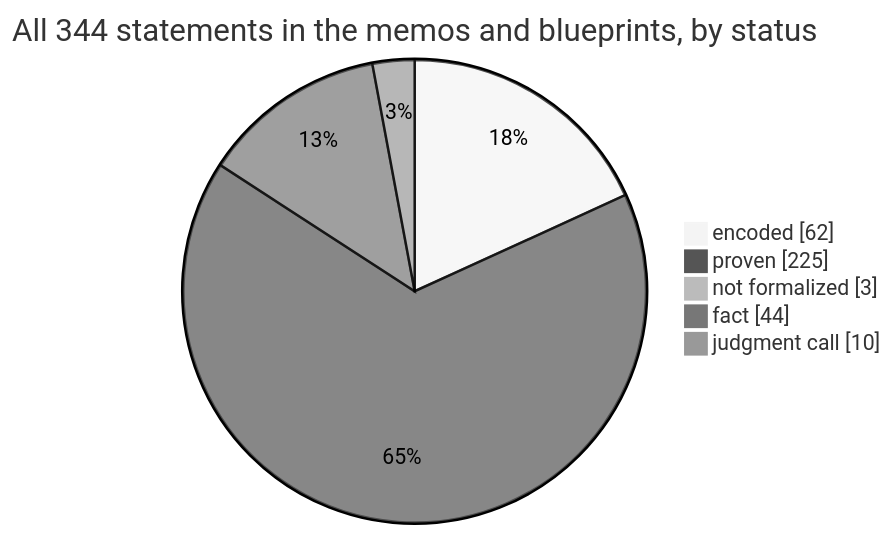
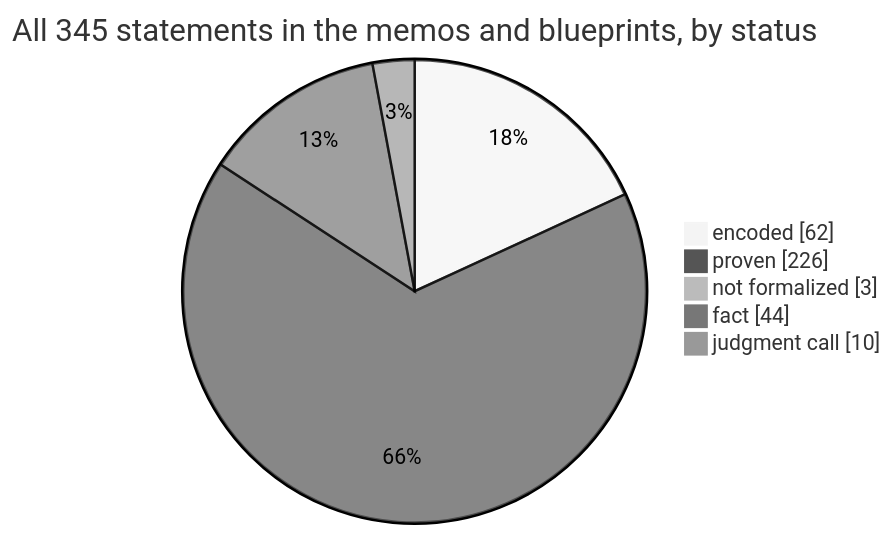
Before and after one commit to SeanWMurray/Canteen: the first of 4 diagrams in docs/graphs/dashboard.md, drawn with Mermaid (neutral theme). The commit also changed other lines of this file and 27 other files, not shown here.

````diff
--- a/docs/graphs/dashboard.md
+++ b/docs/graphs/dashboard.md
@@ -11,8 +11,8 @@
 ```mermaid
-pie showData title All 344 statements in the memos and blueprints, by status
+pie showData title All 345 statements in the memos and blueprints, by status
     "encoded" : 62
-    "proven" : 225
+    "proven" : 226
     "not formalized" : 3
     "fact" : 44
     "judgment call" : 10
 ```
````
